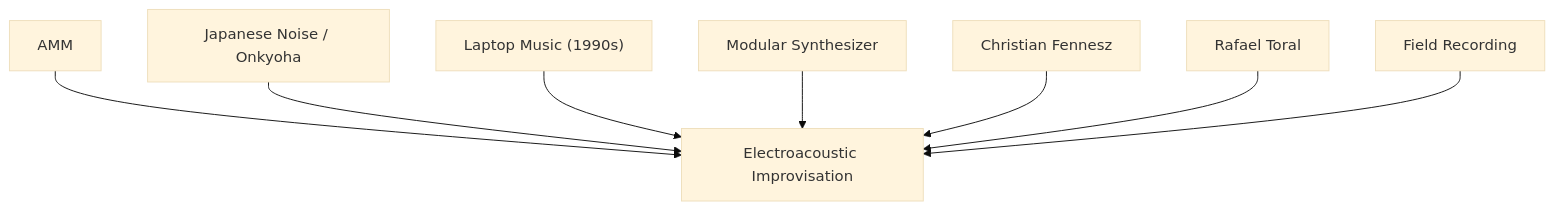
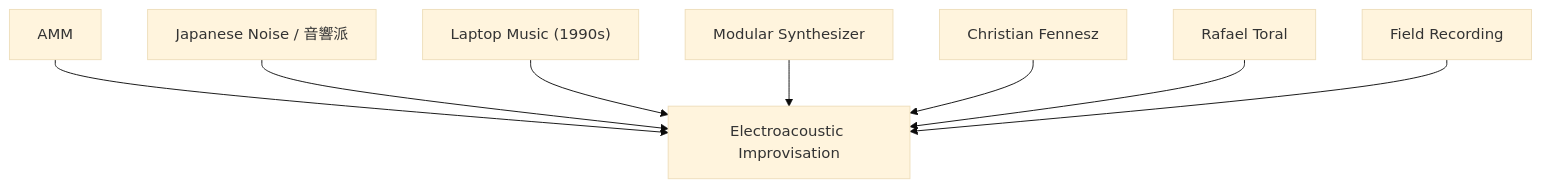
Before and after one commit to monumental-movement/monumental-movement.github.io: the second of 2 diagrams in en/_posts/2025-12-07-column-electroacoustic-improvisation.md, drawn with Mermaid (base theme). The commit also changed other lines of this file and 445 other files, not shown here.

```diff
--- a/en/_posts/2025-12-07-column-electroacoustic-improvisation.md
+++ b/en/_posts/2025-12-07-column-electroacoustic-improvisation.md
@@ -198,11 +198,11 @@
 <div class="mermaid">
 flowchart TD
     EAI["Electroacoustic Improvisation"]
     AMM --> EAI
-    Noise_Japan["Japanese Noise / Onkyoha"] --> EAI
+    Noise_Japan["Japanese Noise / 音響派"] --> EAI
     Laptop_Music["Laptop Music (1990s)"] --> EAI
     Modular["Modular Synthesizer"] --> EAI
     Fennesz["Christian Fennesz"] --> EAI
     Toral["Rafael Toral"] --> EAI
     FieldRec["Field Recording"] --> EAI
 </div>
```
